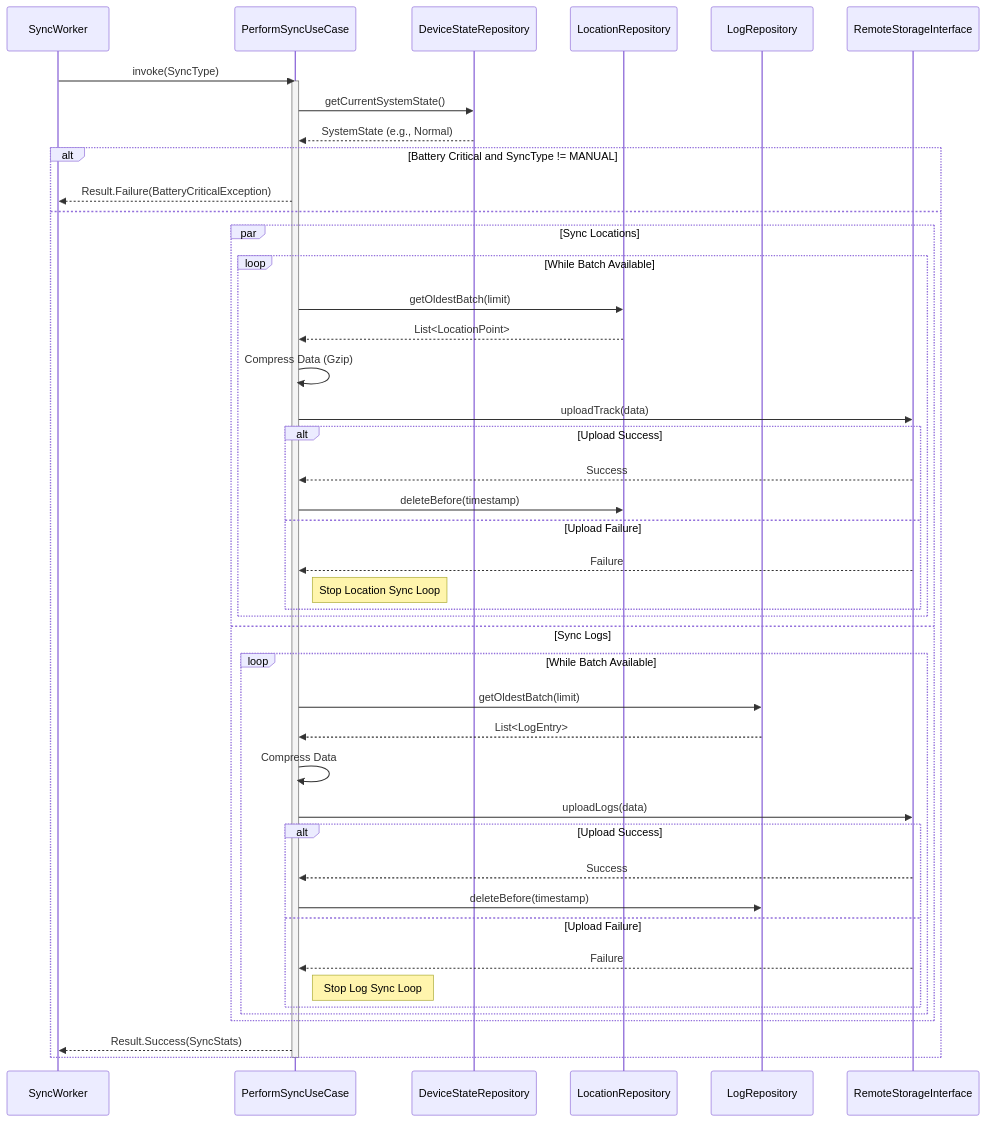
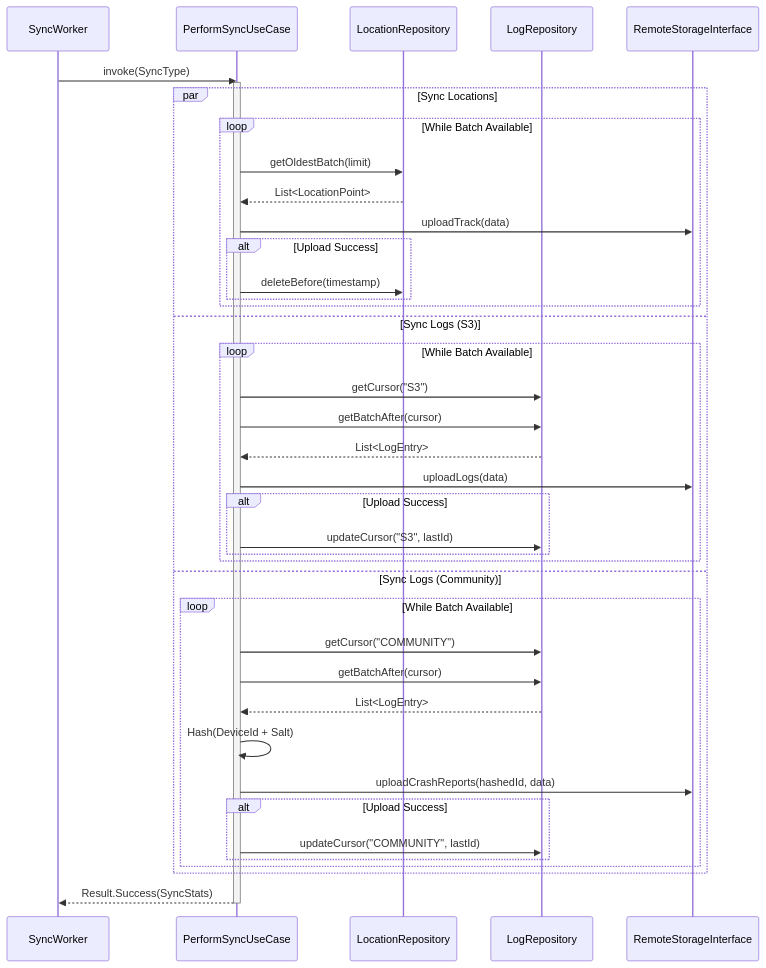
The first of 4 diagrams in docs/specs/domain_layer_spec.md (Caskman/locus), drawn with Mermaid before and after one commit. The commit also changed other lines of this file and 4 other files, not shown here.

First line of the commit message:
docs: Align telemetry specs with single-worker architecture and circular buffer retention

````diff
--- a/docs/specs/domain_layer_spec.md
+++ b/docs/specs/domain_layer_spec.md
@@ -313,54 +338,46 @@
 ```mermaid
 sequenceDiagram
     participant Worker as SyncWorker
     participant UseCase as PerformSyncUseCase
-    participant DeviceState as DeviceStateRepository
     participant LocRepo as LocationRepository
     participant LogRepo as LogRepository
     participant Remote as RemoteStorageInterface
 
     Worker->>UseCase: invoke(SyncType)
     activate UseCase
 
-    UseCase->>DeviceState: getCurrentSystemState()
-    DeviceState-->>UseCase: SystemState (e.g., Normal)
-
-    alt Battery Critical and SyncType != MANUAL
-        UseCase-->>Worker: Result.Failure(BatteryCriticalException)
-    else
-        par Sync Locations
-            loop While Batch Available
-                UseCase->>LocRepo: getOldestBatch(limit)
-                LocRepo-->>UseCase: List<LocationPoint>
-                UseCase->>UseCase: Compress Data (Gzip)
-                UseCase->>Remote: uploadTrack(data)
-
-                alt Upload Success
-                    Remote-->>UseCase: Success
-                    UseCase->>LocRepo: deleteBefore(timestamp)
-                else Upload Failure
-                    Remote-->>UseCase: Failure
-                    note right of UseCase: Stop Location Sync Loop
-                end
-            end
-        and Sync Logs
-            loop While Batch Available
-                UseCase->>LogRepo: getOldestBatch(limit)
-                LogRepo-->>UseCase: List<LogEntry>
-                UseCase->>UseCase: Compress Data
-                UseCase->>Remote: uploadLogs(data)
-
-                alt Upload Success
-                    Remote-->>UseCase: Success
-                    UseCase->>LogRepo: deleteBefore(timestamp)
-                else Upload Failure
-                    Remote-->>UseCase: Failure
-                    note right of UseCase: Stop Log Sync Loop
-                end
+    par Sync Locations
+        loop While Batch Available
+            UseCase->>LocRepo: getOldestBatch(limit)
+            LocRepo-->>UseCase: List<LocationPoint>
+            UseCase->>Remote: uploadTrack(data)
+            alt Upload Success
+                UseCase->>LocRepo: deleteBefore(timestamp)
             end
         end
+    and Sync Logs (S3)
+        loop While Batch Available
+            UseCase->>LogRepo: getCursor("S3")
+            UseCase->>LogRepo: getBatchAfter(cursor)
+            LogRepo-->>UseCase: List<LogEntry>
+            UseCase->>Remote: uploadLogs(data)
+            alt Upload Success
+                UseCase->>LogRepo: updateCursor("S3", lastId)
+            end
+        end
+    and Sync Logs (Community)
+        loop While Batch Available
+            UseCase->>LogRepo: getCursor("COMMUNITY")
+            UseCase->>LogRepo: getBatchAfter(cursor)
+            LogRepo-->>UseCase: List<LogEntry>
+            UseCase->>UseCase: Hash(DeviceId + Salt)
+            UseCase->>Remote: uploadCrashReports(hashedId, data)
+            alt Upload Success
+                UseCase->>LogRepo: updateCursor("COMMUNITY", lastId)
+            end
+        end
+    end
 
-        UseCase-->>Worker: Result.Success(SyncStats)
-    end
+    UseCase-->>Worker: Result.Success(SyncStats)
     deactivate UseCase
 ```
````
